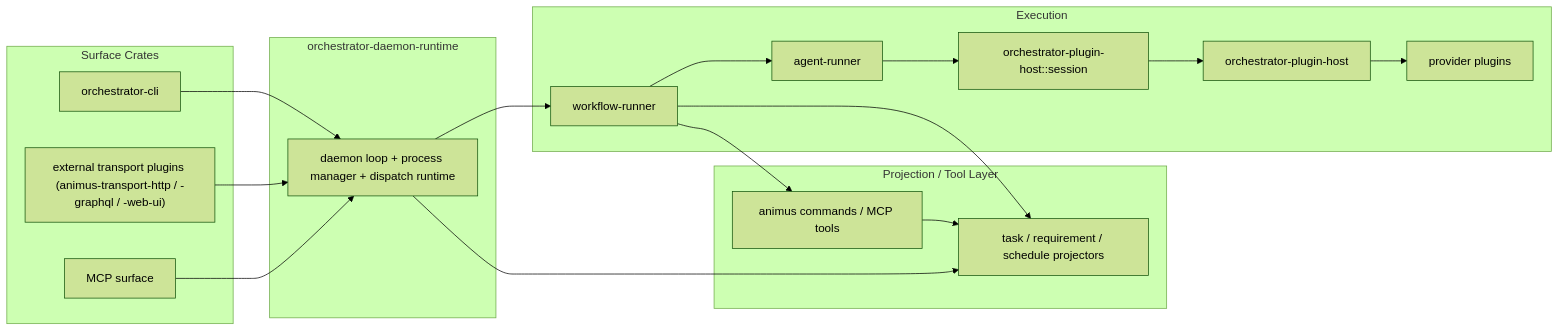
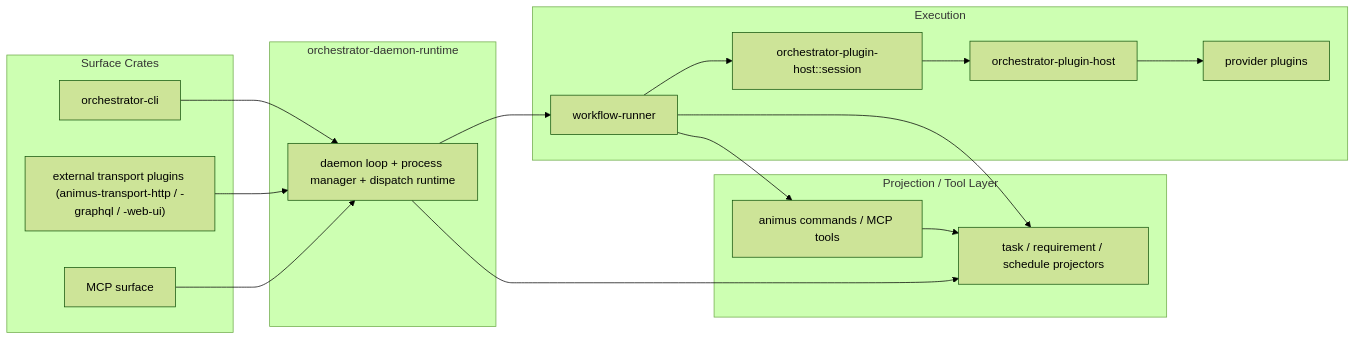
The second of 2 diagrams in docs/architecture/subject-dispatch-daemon.md (launchapp-dev/animus-cli), drawn with Mermaid (forest theme) before and after one commit. The commit also changed other lines of this file and 6 other files, not shown here.

````diff
--- a/docs/architecture/subject-dispatch-daemon.md
+++ b/docs/architecture/subject-dispatch-daemon.md
@@ -143,39 +143,37 @@
 ```mermaid
 flowchart LR
   subgraph Surface["Surface Crates"]
     CLI["orchestrator-cli"]
     WEB["external transport plugins (animus-transport-http / -graphql / -web-ui)"]
     MCP["MCP surface"]
   end
 
   subgraph Projection["Projection / Tool Layer"]
     PROJ["task / requirement / schedule projectors"]
     TOOLS["animus commands / MCP tools"]
   end
 
   subgraph Daemon["orchestrator-daemon-runtime"]
     DRT["daemon loop + process manager + dispatch runtime"]
   end
 
   subgraph Workflow["Execution"]
     WFR["workflow-runner"]
-    AR["agent-runner"]
     SESSION["orchestrator-plugin-host::session"]
     PHOST["orchestrator-plugin-host"]
     PROVIDERS["provider plugins"]
   end
 
   CLI --> DRT
   WEB --> DRT
   MCP --> DRT
   DRT --> WFR
-  WFR --> AR
-  AR --> SESSION
+  WFR --> SESSION
   SESSION --> PHOST
   PHOST --> PROVIDERS
 
   DRT --> PROJ
   WFR --> PROJ
   WFR --> TOOLS
   TOOLS --> PROJ
 ```
````
